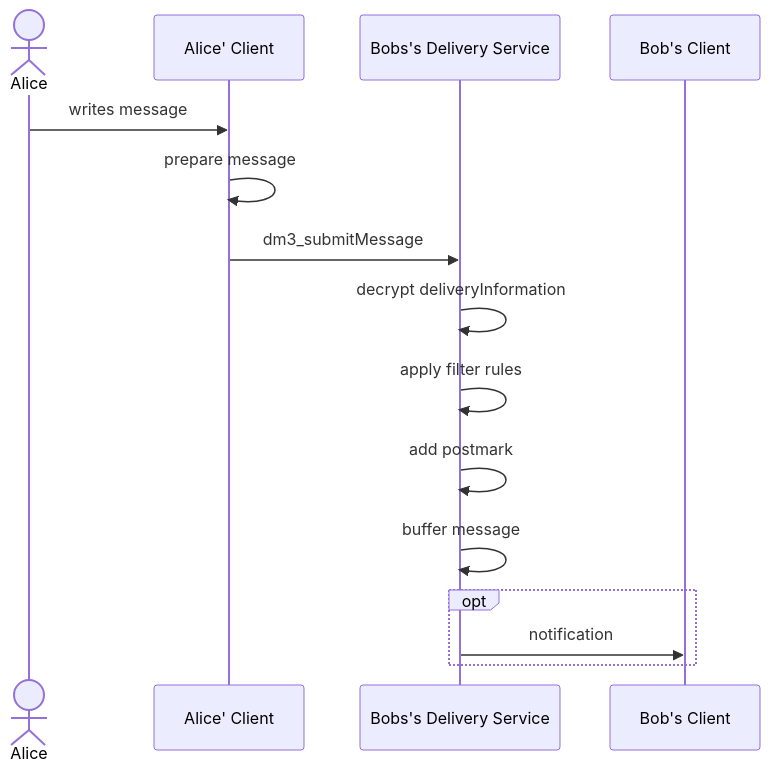
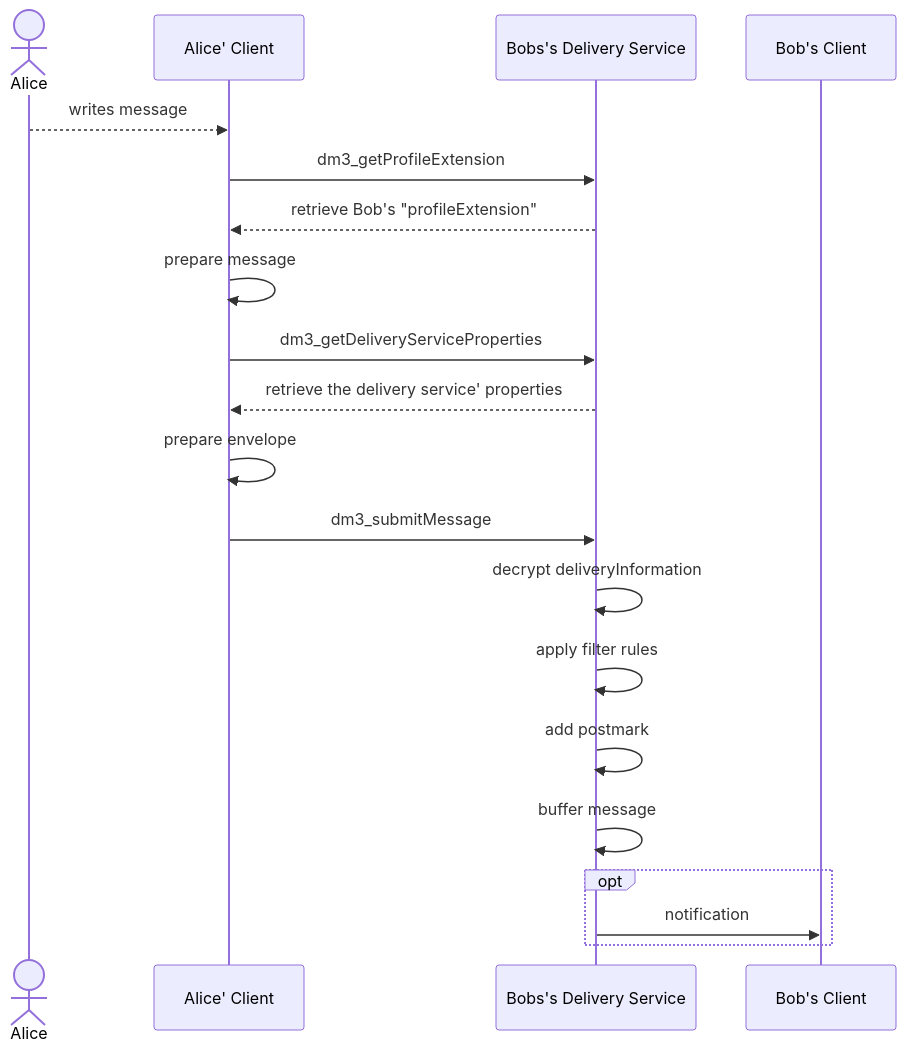
The second of 2 diagrams in docs/specification/message-transport/mtp-transport.md (dm3-org/dm3-spec), drawn with Mermaid before and after one commit. The commit also changed other lines of this file, not shown here.

````diff
--- a/docs/specification/message-transport/mtp-transport.md
+++ b/docs/specification/message-transport/mtp-transport.md
@@ -79,17 +87,22 @@
 ```{mermaid}
   sequenceDiagram
     actor A as Alice
     participant AA as Alice' Client
     participant BD as Bobs's Delivery Service
     participant BB as Bob's Client   
-    A->>AA: writes message
+    A-->>AA: writes message
+    AA->>BD: dm3_getProfileExtension
+    BD-->>AA: retrieve Bob's "profileExtension"
     AA->>AA: prepare message
+    AA->>BD: dm3_getDeliveryServiceProperties
+    BD-->>AA: retrieve the delivery service' properties
+    AA->>AA: prepare envelope
     AA->>BD: dm3_submitMessage
     BD->>BD: decrypt deliveryInformation
     BD->>BD: apply filter rules
     BD->>BD: add postmark
     BD->>BD: buffer message
     opt
        BD->>BB: notification
     end  
 ```
````
